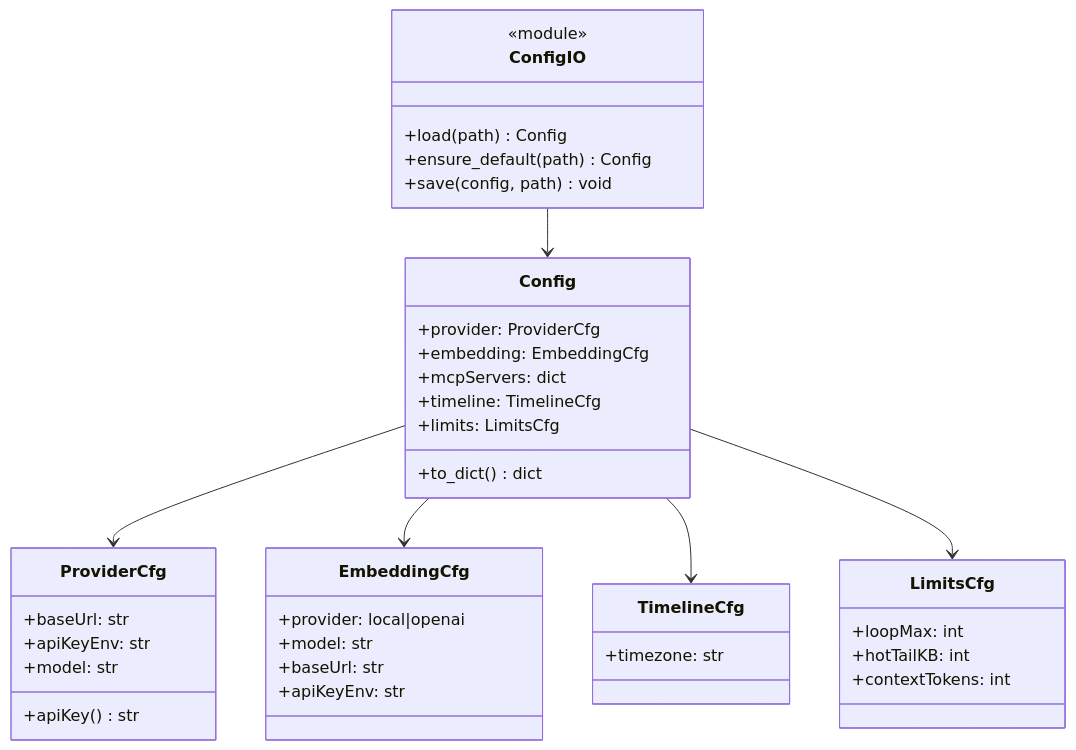
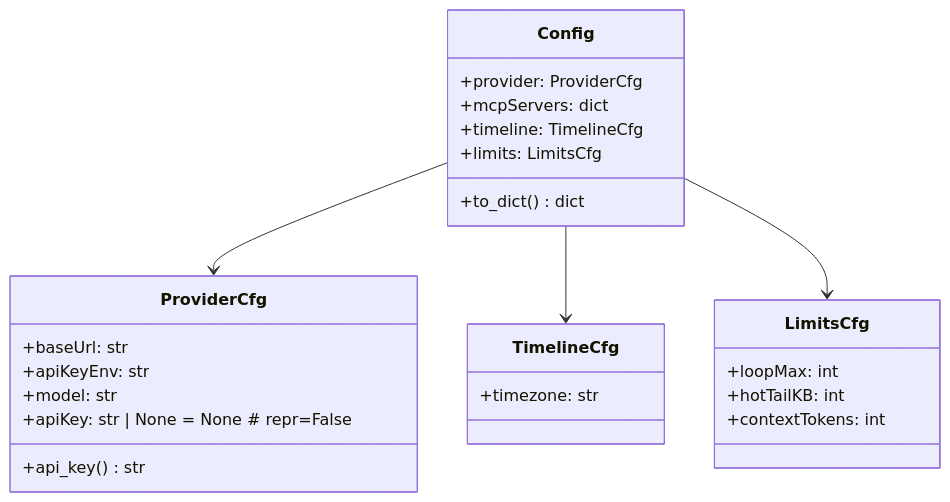
Before and after one commit to Flowerf19/thyca-ai: the diagram in .agents/plans/services/config.md, drawn with Mermaid. The commit also changed other lines of this file and 23 other files, not shown here.

````diff
--- a/.agents/plans/services/config.md
+++ b/.agents/plans/services/config.md
@@ -19,41 +19,28 @@
 ```mermaid
 classDiagram
     class Config {
         +provider: ProviderCfg
-        +embedding: EmbeddingCfg
         +mcpServers: dict
         +timeline: TimelineCfg
         +limits: LimitsCfg
         +to_dict() dict
     }
-    class ConfigIO <<module>> {
-        +load(path) Config
-        +ensure_default(path) Config
-        +save(config, path) void
-    }
     class ProviderCfg {
         +baseUrl: str
         +apiKeyEnv: str
         +model: str
-        +apiKey() str
-    }
-    class EmbeddingCfg {
-        +provider: local|openai
-        +model: str
-        +baseUrl: str
-        +apiKeyEnv: str
+        +apiKey: str | None = None  # repr=False
+        +api_key() str
     }
     class TimelineCfg {
         +timezone: str
     }
     class LimitsCfg {
         +loopMax: int
         +hotTailKB: int
         +contextTokens: int
     }
-    ConfigIO --> Config
     Config --> ProviderCfg
-    Config --> EmbeddingCfg
     Config --> TimelineCfg
     Config --> LimitsCfg
 ```
````
